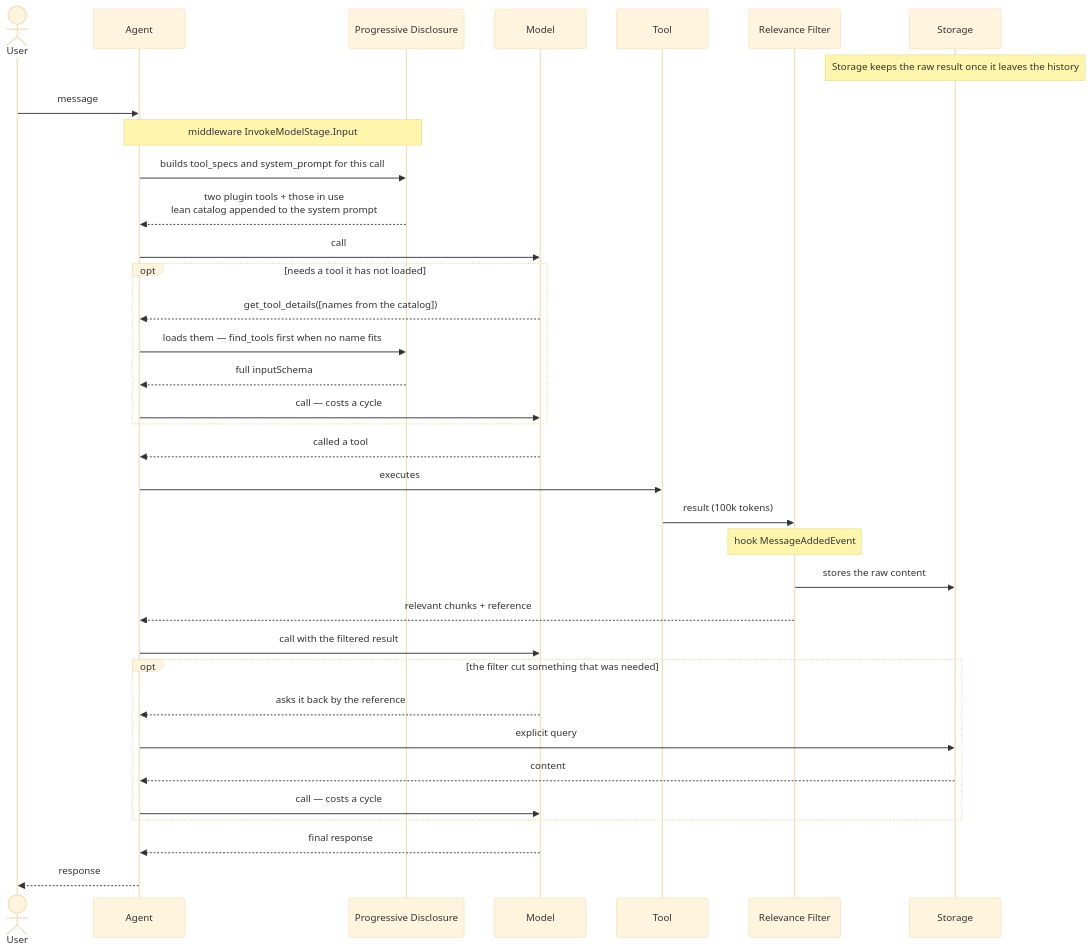
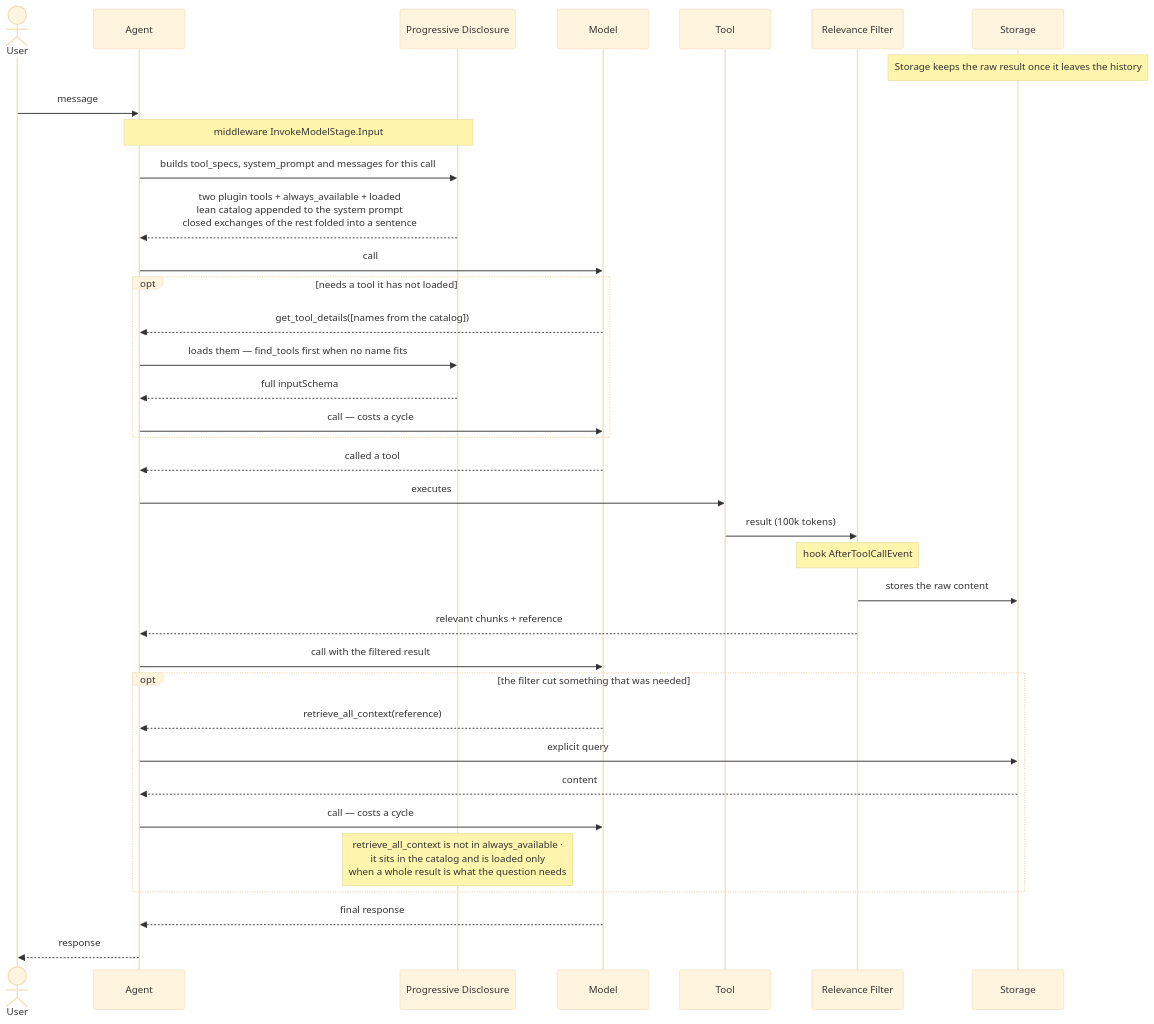
The third of 3 diagrams in docs/design/design.md (aws-samples/sample-context-engineering), drawn with Mermaid (base theme) before and after one commit. The commit also changed other lines of this file and 11 other files, not shown here.

First line of the commit message:
docs: bring design, sequence and how-to docs to the current code

````diff
--- a/docs/design/design.md
+++ b/docs/design/design.md
@@ -419,47 +430,48 @@
 ```mermaid
 sequenceDiagram
     actor U as User
     participant AG as Agent
     participant B as Progressive Disclosure
     participant M as Model
     participant T as Tool
     participant A as Relevance Filter
     participant S as Storage
 
     Note over S: Storage keeps the raw result once it leaves the history
 
     U->>AG: message
 
     Note over AG,B: middleware InvokeModelStage.Input
-    AG->>B: builds tool_specs and system_prompt for this call
-    B-->>AG: two plugin tools + those in use<br/>lean catalog appended to the system prompt
+    AG->>B: builds tool_specs, system_prompt and messages for this call
+    B-->>AG: two plugin tools + always_available + loaded<br/>lean catalog appended to the system prompt<br/>closed exchanges of the rest folded into a sentence
 
     AG->>M: call
 
     opt needs a tool it has not loaded
         M-->>AG: get_tool_details([names from the catalog])
         AG->>B: loads them — find_tools first when no name fits
         B-->>AG: full inputSchema
         AG->>M: call — costs a cycle
     end
 
     M-->>AG: called a tool
 
     AG->>T: executes
     T->>A: result (100k tokens)
-    Note over A: hook MessageAddedEvent
+    Note over A: hook AfterToolCallEvent
     A->>S: stores the raw content
     A-->>AG: relevant chunks + reference
 
     AG->>M: call with the filtered result
 
     opt the filter cut something that was needed
-        M-->>AG: asks it back by the reference
+        M-->>AG: retrieve_all_context(reference)
         AG->>S: explicit query
         S-->>AG: content
         AG->>M: call — costs a cycle
+        Note over B: retrieve_all_context is not in always_available ·<br/>it sits in the catalog and is loaded only<br/>when a whole result is what the question needs
     end
 
     M-->>AG: final response
     AG-->>U: response
 ```
````
